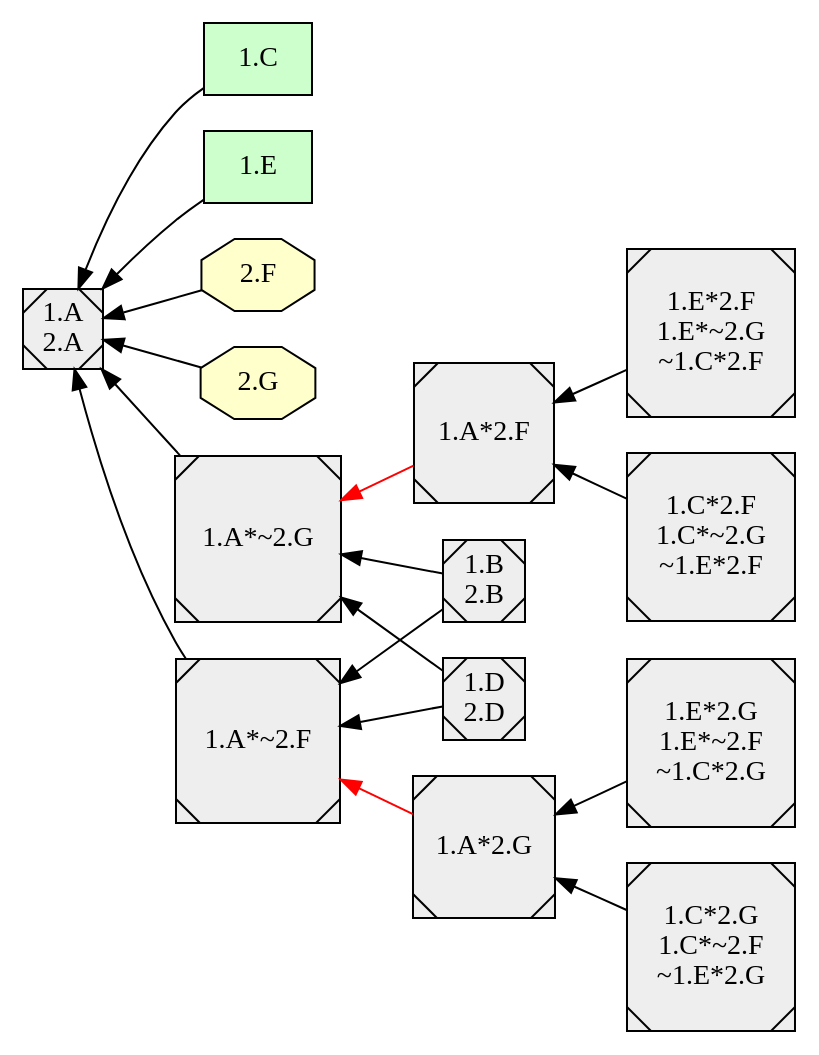
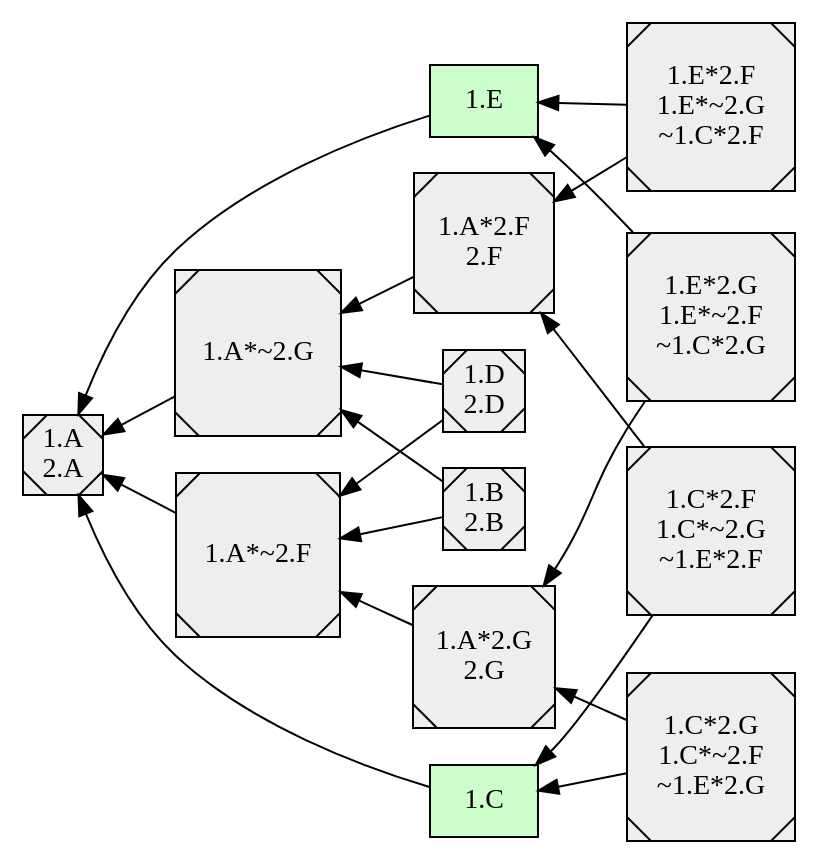
Before and after one commit to EulerProject/EulerX: the diagram in example/abstract4/abstract4_6.dot, drawn with Graphviz. The commit also changed 18 other files, not shown here.

```diff
--- a/example/abstract4/abstract4_6.dot
+++ b/example/abstract4/abstract4_6.dot
@@ -1,94 +1,106 @@
 digraph {
 
 rankdir = RL
 
   node [shape=box style="filled" fillcolor="#CCFFCC"]
+  "1.E"
+  "1.E"
+  "1.C"
+  "1.C"
   "1.C"
   "1.E"
   node [shape=octagon style="filled" fillcolor="#FFFFCC"]
-  "2.F"
-  "2.G"
   node [shape=Msquare style="filled" fillcolor="#EEEEEE"]
-  "1.B\n2.B"
-  "1.A\n2.A"
-  "1.D\n2.D"
   "1.D\n2.D"
   "1.E*2.G\n1.E*~2.F\n~1.C*2.G"
   "1.E*2.F\n1.E*~2.G\n~1.C*2.F"
+  "1.E*2.F\n1.E*~2.G\n~1.C*2.F"
+  "1.E*2.G\n1.E*~2.F\n~1.C*2.G"
+  "1.C*2.G\n1.C*~2.F\n~1.E*2.G"
+  "1.C*2.F\n1.C*~2.G\n~1.E*2.F"
+  "1.B\n2.B"
+  "1.A\n2.A"
+  "1.A*2.G\n2.G"
+  "1.A*2.F\n2.F"
+  "1.D\n2.D"
+  "1.A*2.G\n2.G"
+  "1.A*2.F\n2.F"
+  "1.A\n2.A"
   "1.B\n2.B"
   "1.C*2.G\n1.C*~2.F\n~1.E*2.G"
+  "1.D\n2.D"
+  "1.A*~2.G"
+  "1.D\n2.D"
+  "1.A*~2.F"
+  "1.E*2.G\n1.E*~2.F\n~1.C*2.G"
+  "1.E*2.F\n1.E*~2.G\n~1.C*2.F"
+  "1.C*2.G\n1.C*~2.F\n~1.E*2.G"
   "1.C*2.F\n1.C*~2.G\n~1.E*2.F"
-  "1.C*2.G\n1.C*~2.F\n~1.E*2.G"
-  "1.A\n2.A"
-  "1.A*2.F"
+  "1.B\n2.B"
   "1.A*~2.G"
-  "1.A*2.G"
-  "1.A*~2.F"
-  "1.E*2.F\n1.E*~2.G\n~1.C*2.F"
-  "1.A*2.F"
-  "1.E*2.G\n1.E*~2.F\n~1.C*2.G"
-  "1.A*2.G"
   "1.B\n2.B"
   "1.A*~2.F"
-  "1.B\n2.B"
-  "1.A*~2.G"
-  "1.A\n2.A"
-  "1.A\n2.A"
   "1.A\n2.A"
   "1.A\n2.A"
   "1.A*~2.G"
   "1.A\n2.A"
   "1.A*~2.F"
   "1.A\n2.A"
+  "1.A*2.G\n2.G"
+  "1.A*~2.F"
+  "1.E*2.G\n1.E*~2.F\n~1.C*2.G"
+  "1.A*2.G\n2.G"
+  "1.C*2.G\n1.C*~2.F\n~1.E*2.G"
+  "1.A*2.G\n2.G"
+  "1.A*2.F\n2.F"
+  "1.A*~2.G"
+  "1.E*2.F\n1.E*~2.G\n~1.C*2.F"
+  "1.A*2.F\n2.F"
+  "1.C*2.F\n1.C*~2.G\n~1.E*2.F"
+  "1.A*2.F\n2.F"
   "1.D\n2.D"
+  "1.A\n2.A"
+  "1.E*2.G\n1.E*~2.F\n~1.C*2.G"
+  "1.A\n2.A"
+  "1.E*2.F\n1.E*~2.G\n~1.C*2.F"
+  "1.A\n2.A"
+  "1.C*2.G\n1.C*~2.F\n~1.E*2.G"
+  "1.A\n2.A"
+  "1.C*2.F\n1.C*~2.G\n~1.E*2.F"
+  "1.A\n2.A"
+  "1.B\n2.B"
+  "1.A\n2.A"
+  "1.A*2.G\n2.G"
+  "1.A\n2.A"
+  "1.E*2.G\n1.E*~2.F\n~1.C*2.G"
   "1.A*~2.F"
-  "1.D\n2.D"
-  "1.A*~2.G"
   "1.C*2.G\n1.C*~2.F\n~1.E*2.G"
-  "1.A*2.G"
-  "1.C*2.F\n1.C*~2.G\n~1.E*2.F"
-  "1.A*2.F"
-  "1.A*2.F"
-  "1.A\n2.A"
-  "1.A*2.G"
+  "1.A*~2.F"
+  "1.A*2.F\n2.F"
   "1.A\n2.A"
   "1.E*2.F\n1.E*~2.G\n~1.C*2.F"
   "1.A*~2.G"
-  "1.E*2.F\n1.E*~2.G\n~1.C*2.F"
-  "1.A\n2.A"
-  "1.E*2.G\n1.E*~2.F\n~1.C*2.G"
-  "1.A\n2.A"
-  "1.E*2.G\n1.E*~2.F\n~1.C*2.G"
-  "1.A*~2.F"
-  "1.B\n2.B"
-  "1.A\n2.A"
-  "1.D\n2.D"
-  "1.A\n2.A"
-  "1.C*2.G\n1.C*~2.F\n~1.E*2.G"
-  "1.A\n2.A"
-  "1.C*2.G\n1.C*~2.F\n~1.E*2.G"
-  "1.A*~2.F"
   "1.C*2.F\n1.C*~2.G\n~1.E*2.F"
   "1.A*~2.G"
-  "1.C*2.F\n1.C*~2.G\n~1.E*2.F"
-  "1.A\n2.A"
-  "1.A*2.F" -> "1.A*~2.G" [style=filled, color=red];
-  "1.A*2.G" -> "1.A*~2.F" [style=filled, color=red];
-  "1.E*2.F\n1.E*~2.G\n~1.C*2.F" -> "1.A*2.F" [style=filled, color=black];
-  "1.E*2.G\n1.E*~2.F\n~1.C*2.G" -> "1.A*2.G" [style=filled, color=black];
+  "1.D\n2.D" -> "1.A*~2.G" [style=filled, color=black];
+  "1.D\n2.D" -> "1.A*~2.F" [style=filled, color=black];
+  "1.E*2.G\n1.E*~2.F\n~1.C*2.G" -> "1.E" [style=filled, color=black];
+  "1.E*2.F\n1.E*~2.G\n~1.C*2.F" -> "1.E" [style=filled, color=black];
+  "1.C*2.G\n1.C*~2.F\n~1.E*2.G" -> "1.C" [style=filled, color=black];
+  "1.C*2.F\n1.C*~2.G\n~1.E*2.F" -> "1.C" [style=filled, color=black];
+  "1.B\n2.B" -> "1.A*~2.G" [style=filled, color=black];
   "1.B\n2.B" -> "1.A*~2.F" [style=filled, color=black];
-  "1.B\n2.B" -> "1.A*~2.G" [style=filled, color=black];
   "1.C" -> "1.A\n2.A" [style=filled, color=black];
   "1.E" -> "1.A\n2.A" [style=filled, color=black];
-  "2.F" -> "1.A\n2.A" [style=filled, color=black];
-  "2.G" -> "1.A\n2.A" [style=filled, color=black];
   "1.A*~2.G" -> "1.A\n2.A" [style=filled, color=black];
   "1.A*~2.F" -> "1.A\n2.A" [style=filled, color=black];
-  "1.D\n2.D" -> "1.A*~2.F" [style=filled, color=black];
-  "1.D\n2.D" -> "1.A*~2.G" [style=filled, color=black];
-  "1.C*2.G\n1.C*~2.F\n~1.E*2.G" -> "1.A*2.G" [style=filled, color=black];
-  "1.C*2.F\n1.C*~2.G\n~1.E*2.F" -> "1.A*2.F" [style=filled, color=black];
+  "1.A*2.G\n2.G" -> "1.A*~2.F" [style=filled, color=black];
+  "1.E*2.G\n1.E*~2.F\n~1.C*2.G" -> "1.A*2.G\n2.G" [style=filled, color=black];
+  "1.C*2.G\n1.C*~2.F\n~1.E*2.G" -> "1.A*2.G\n2.G" [style=filled, color=black];
+  "1.A*2.F\n2.F" -> "1.A*~2.G" [style=filled, color=black];
+  "1.E*2.F\n1.E*~2.G\n~1.C*2.F" -> "1.A*2.F\n2.F" [style=filled, color=black];
+  "1.C*2.F\n1.C*~2.G\n~1.E*2.F" -> "1.A*2.F\n2.F" [style=filled, color=black];
   subgraph cluster_lg {
     rankdir = LR
   }
 }
```
